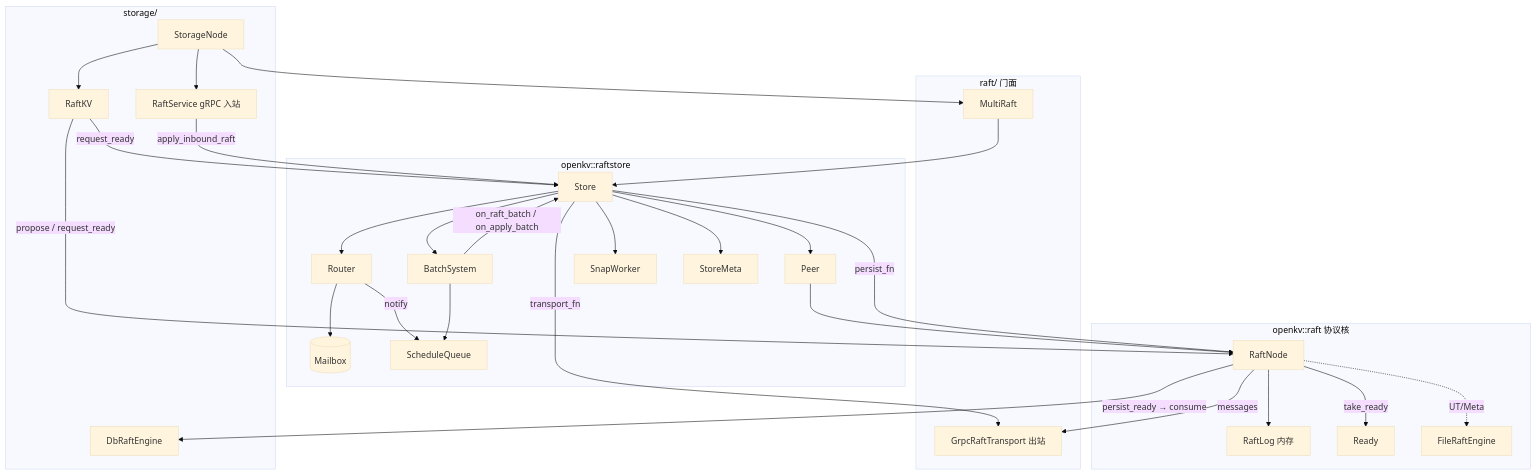
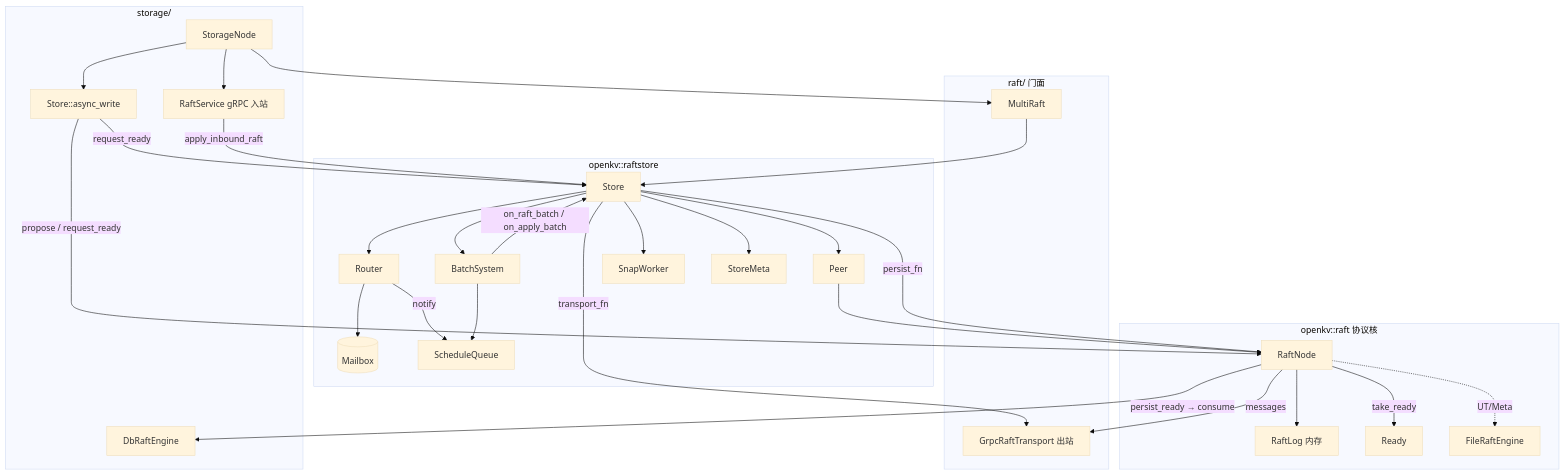
Before and after one commit to devotionalist/openkv: the first of 5 diagrams in docs/flows/35-raft-module-call-flows.md, drawn with Mermaid (base theme). The commit also changed other lines of this file and 196 other files, not shown here.

First line of the commit message:
Fold Storage Raft writes into Store and adopt Google C++20 formatting.

````diff
--- a/docs/flows/35-raft-module-call-flows.md
+++ b/docs/flows/35-raft-module-call-flows.md
@@ -17,59 +17,59 @@
 ```mermaid
 flowchart TB
   subgraph storage_layer["storage/"]
     SN[StorageNode]
-    RKV[RaftKV]
+    RKV[Store::async_write]
     RRE[DbRaftEngine]
     RS[RaftService gRPC 入站]
   end
 
   subgraph raft_facade["raft/ 门面"]
     MR[MultiRaft]
     GT[GrpcRaftTransport 出站]
   end
 
   subgraph raftstore["openkv::raftstore"]
     ST[Store]
     RT[Router]
     MB[(Mailbox)]
     SQ[ScheduleQueue]
     BS[BatchSystem]
     PE[Peer]
     SW[SnapWorker]
     SM[StoreMeta]
   end
 
   subgraph protocol["openkv::raft 协议核"]
     RN[RaftNode]
     RL[RaftLog 内存]
     RD[Ready]
     FE[FileRaftEngine]
   end
 
   SN --> MR
   SN --> RKV
   SN --> RS
   MR --> ST
   RKV -->|propose / request_ready| RN
   RKV -->|request_ready| ST
   RS -->|apply_inbound_raft| ST
 
   ST --> RT
   ST --> BS
   ST --> PE
   ST --> SW
   ST --> SM
   RT --> MB
   RT -->|notify| SQ
   BS --> SQ
   BS -->|on_raft_batch / on_apply_batch| ST
   PE --> RN
 
   RN --> RL
   RN -->|take_ready| RD
   ST -->|persist_fn| RN
   RN -->|persist_ready → consume| RRE
   RN -.->|UT/Meta| FE
   ST -->|transport_fn| GT
   RN -->|messages| GT
 ```
````
